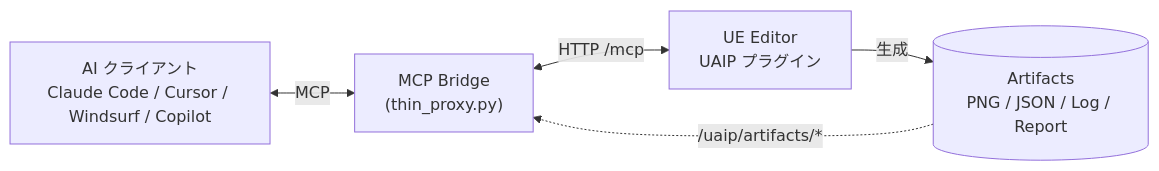
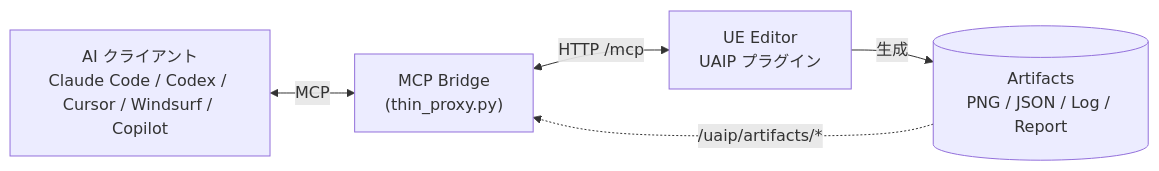
Before and after one commit to Naotsun19B/UnrealAIIntegrationPlatform-Document: the diagram in docs/ja/overview.md, drawn with Mermaid. The commit also changed other lines of this file and 11 other files, not shown here.

````diff
--- a/docs/ja/overview.md
+++ b/docs/ja/overview.md
@@ -40,12 +40,12 @@
 ```mermaid
 flowchart LR
-    AI["AI クライアント<br/>Claude Code / Cursor / Windsurf / Copilot"]
+    AI["AI クライアント<br/>Claude Code / Codex / Cursor / Windsurf / Copilot"]
     Bridge["MCP Bridge<br/>(thin_proxy.py)"]
     Editor["UE Editor<br/>UAIP プラグイン"]
     Artifacts[("Artifacts<br/>PNG / JSON / Log / Report")]
 
     AI <-->|MCP| Bridge
     Bridge <-->|HTTP /mcp| Editor
     Editor -->|生成| Artifacts
     Artifacts -.->|/uaip/artifacts/*| Bridge
 ```
````
